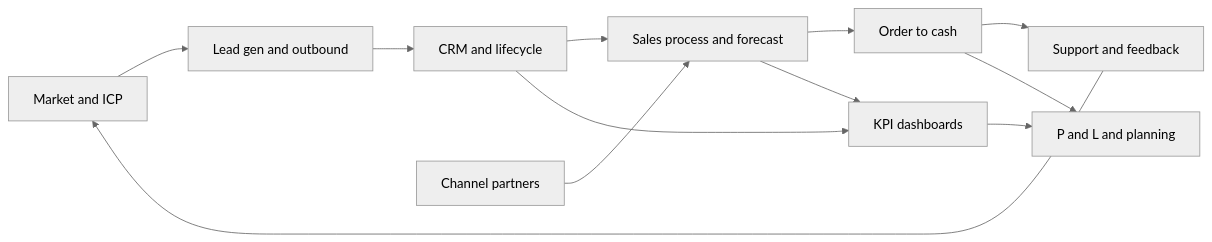
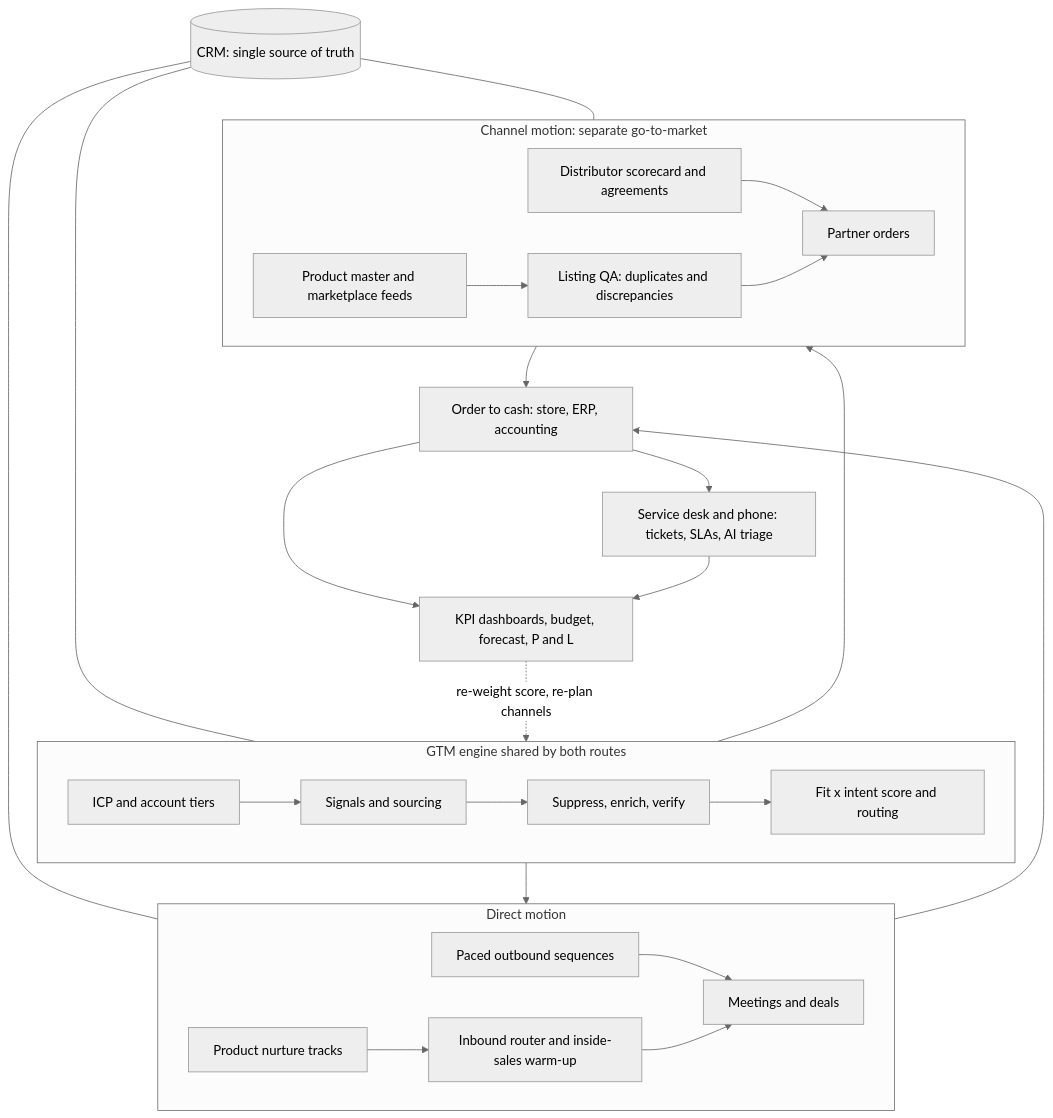
One commit to rbanola1/rbanola1 changed the third of 3 diagrams in README.md. Above: the diagram before and after it, drawn with Mermaid (neutral theme). The commit also changed other lines of this file, not shown here.

Commit message:
Profile: project tables without status, GTM engine diagram with direct and channel motions

````diff
--- a/README.md
+++ b/README.md
@@ -81,14 +101,32 @@
 ```mermaid
-flowchart LR
-    A[Market and ICP] --> B[Lead gen and outbound]
-    B --> C[CRM and lifecycle]
-    C --> D[Sales process and forecast]
-    D --> E[Order to cash]
-    E --> F[Support and feedback]
-    F --> A
-    C --> G[KPI dashboards]
-    D --> G
-    E --> H[P and L and planning]
-    G --> H
-    I[Channel partners] --> D
+flowchart TB
+    subgraph ENG[GTM engine shared by both routes]
+      direction LR
+      A[ICP and account tiers] --> B[Signals and sourcing]
+      B --> C[Suppress, enrich, verify]
+      C --> D[Fit x intent score and routing]
+    end
+    D --> DIR
+    D --> CH
+    subgraph DIR[Direct motion]
+      direction LR
+      D1[Paced outbound sequences] --> D4[Meetings and deals]
+      D2[Inbound router and inside-sales warm-up] --> D4
+      D3[Product nurture tracks] --> D2
+    end
+    subgraph CH[Channel motion: separate go-to-market]
+      direction LR
+      C1[Distributor scorecard and agreements] --> C4[Partner orders]
+      C2[Product master and marketplace feeds] --> C3[Listing QA: duplicates and discrepancies]
+      C3 --> C4
+    end
+    D4 --> O2C[Order to cash: store, ERP, accounting]
+    C4 --> O2C
+    O2C --> SUP[Service desk and phone: tickets, SLAs, AI triage]
+    CRM[(CRM: single source of truth)] --- ENG
+    CRM --- DIR
+    CRM --- CH
+    O2C --> KPI[KPI dashboards, budget, forecast, P and L]
+    SUP --> KPI
+    KPI -.->|re-weight score, re-plan channels| ENG
 ```
````
